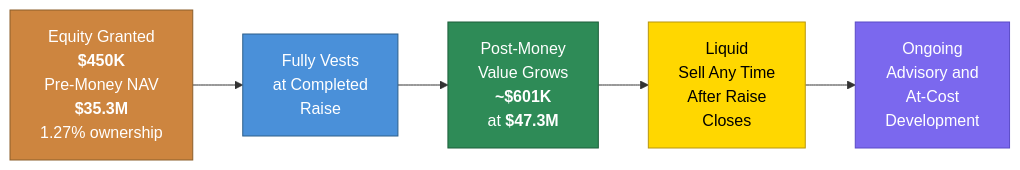
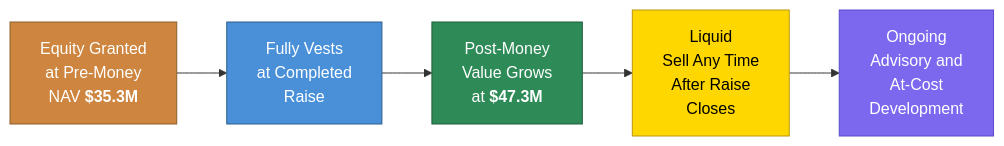
One commit to Light-Brands/brand-factory changed the fourth of 11 diagrams in brands/cho-ventures-ai/spec/CHO-VENTURES-FINAL-PRICING-STRATEGY.md. Above: the diagram before and after it, drawn with Mermaid. The commit also changed other lines of this file and 1 other file, not shown here.

First line of the commit message:
Restructure Option 2 into three payment tiers with Mermaid comparison

````diff
--- a/brands/cho-ventures-ai/spec/CHO-VENTURES-FINAL-PRICING-STRATEGY.md
+++ b/brands/cho-ventures-ai/spec/CHO-VENTURES-FINAL-PRICING-STRATEGY.md
@@ -348,13 +394,13 @@
 ```mermaid
 flowchart LR
-    GRANT["Equity Granted<br/><b>$450K</b><br/>Pre-Money NAV<br/><b>$35.3M</b><br/>1.27% ownership"] --> VEST["Fully Vests<br/>at Completed<br/>Raise"]
-    VEST --> POST["Post-Money<br/>Value Grows<br/><b>~$601K</b><br/>at <b>$47.3M</b>"]
+    GRANT["Equity Granted<br/>at Pre-Money<br/>NAV <b>$35.3M</b>"] --> VEST["Fully Vests<br/>at Completed<br/>Raise"]
+    VEST --> POST["Post-Money<br/>Value Grows<br/>at <b>$47.3M</b>"]
     POST --> LIQUID["Liquid<br/>Sell Any Time<br/>After Raise<br/>Closes"]
     LIQUID --> ONGOING["Ongoing<br/>Advisory and<br/>At-Cost<br/>Development"]
 
     style GRANT fill:#CD853F,stroke:#8B5E2B,color:#fff
     style VEST fill:#4A90D9,stroke:#2C5F8A,color:#fff
     style POST fill:#2E8B57,stroke:#1D5E3A,color:#fff
     style LIQUID fill:#FFD700,stroke:#B8960F,color:#000
     style ONGOING fill:#7B68EE,stroke:#5A4BC7,color:#fff
 ```
````
